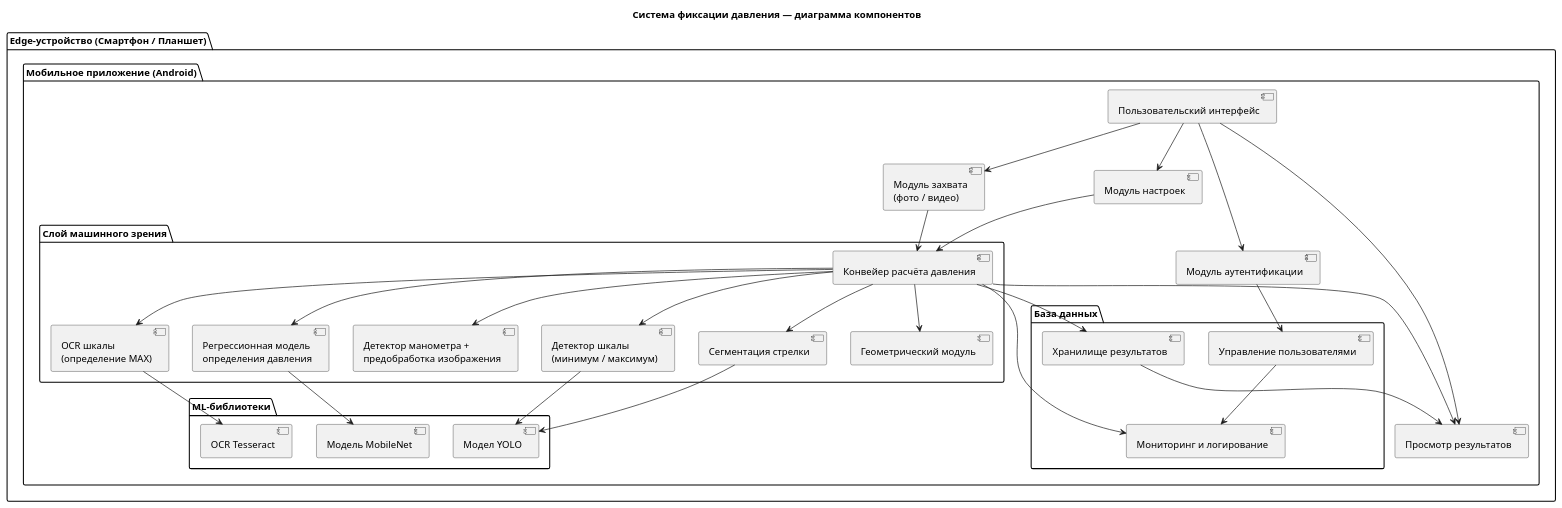
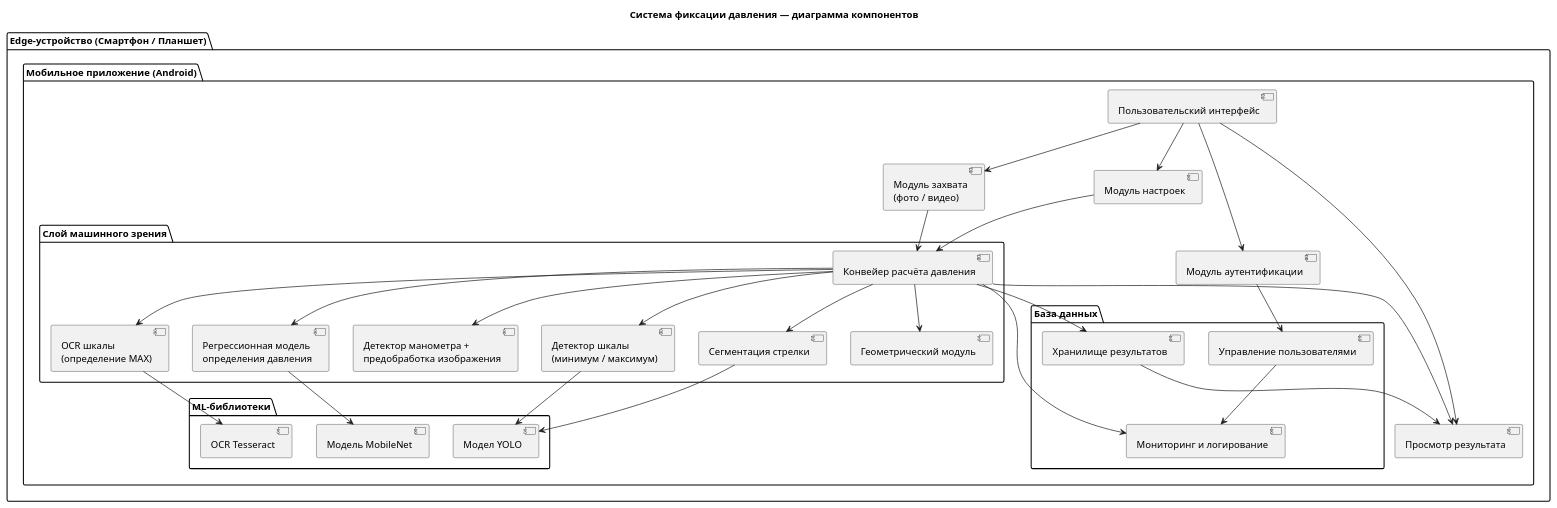
One commit to MazurenkovK/MazurenkovKS_fcw changed the diagram in diagrams/component_diagram.puml. Above: the diagram before and after it, drawn with PlantUML.

Commit message:
корректировка диаграмм

```diff
--- a/diagrams/component_diagram.puml
+++ b/diagrams/component_diagram.puml
@@ -1,73 +1,73 @@
 @startuml component_diagram
 title Система фиксации давления — диаграмма компонентов
 
 package "Edge-устройство (Смартфон / Планшет)" {
 
     package "Мобильное приложение (Android)" {
 
     [Пользовательский интерфейс] as UI
     [Модуль аутентификации] as Auth
     [Модуль захвата\n(фото / видео)] as Capture
     [Модуль настроек] as Settings
-    [Просмотр результатов] as Results
+    [Просмотр результата] as Results
     
 
         package "Слой машинного зрения" {
 
         [Конвейер расчёта давления] as Pipeline
 
         [Детектор манометра +\nпредобработка изображения] as Meter
         [Детектор шкалы\n(минимум / максимум)] as Scale
         [Сегментация стрелки] as Needle
         [Геометрический модуль] as Geometry
         [OCR шкалы\n(определение MAX)] as OCR
         [Регрессионная модель\nопределения давления] as Pressure
         }
 
         package "База данных" {
 
         [Хранилище результатов] as Storage
         [Управление пользователями] as Users
         [Мониторинг и логирование] as Logs
         }
 
         package "ML-библиотеки" {
         [Модел YOLO] as YOLO
         [OCR Tesseract] as Tesseract
         [Модель MobileNet] as MobileNet
         }
     }
 }
 ' === Связи пользовательского интерфейса ===
 UI --> Auth
 UI --> Capture
 UI --> Settings
 UI --> Results
 
 Auth --> Users
 
 Capture --> Pipeline
 Settings --> Pipeline
 Pipeline --> Results
 
 ' === Внутренний конвейер ===
 Pipeline --> Meter
 Pipeline --> Scale
 Pipeline --> Needle
 Pipeline --> Geometry
 Pipeline --> OCR
 Pipeline --> Pressure
 
 ' === Использование библиотек ===
 Scale --> YOLO
 Needle --> YOLO
 OCR --> Tesseract
 Pressure --> MobileNet
 
 ' === Хранение и мониторинг ===
 Pipeline --> Storage
 Pipeline --> Logs
 Users --> Logs
 Storage --> Results
 
 @enduml
```
